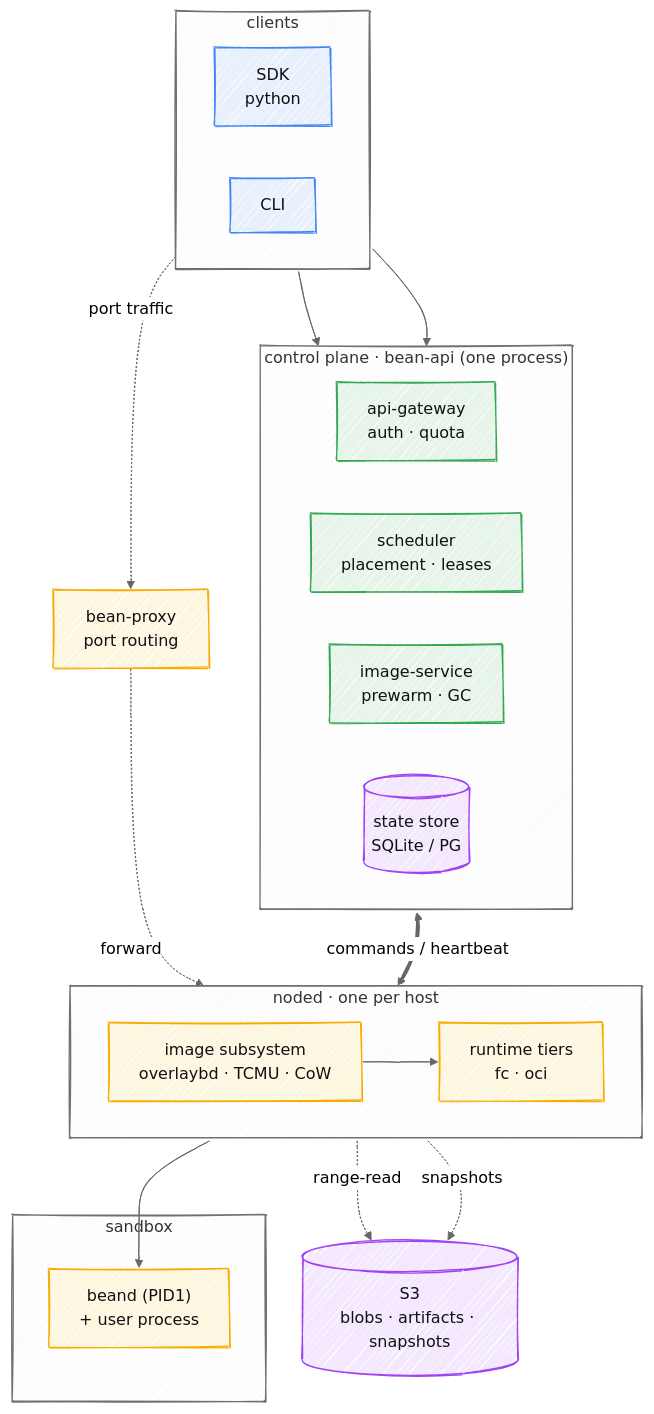
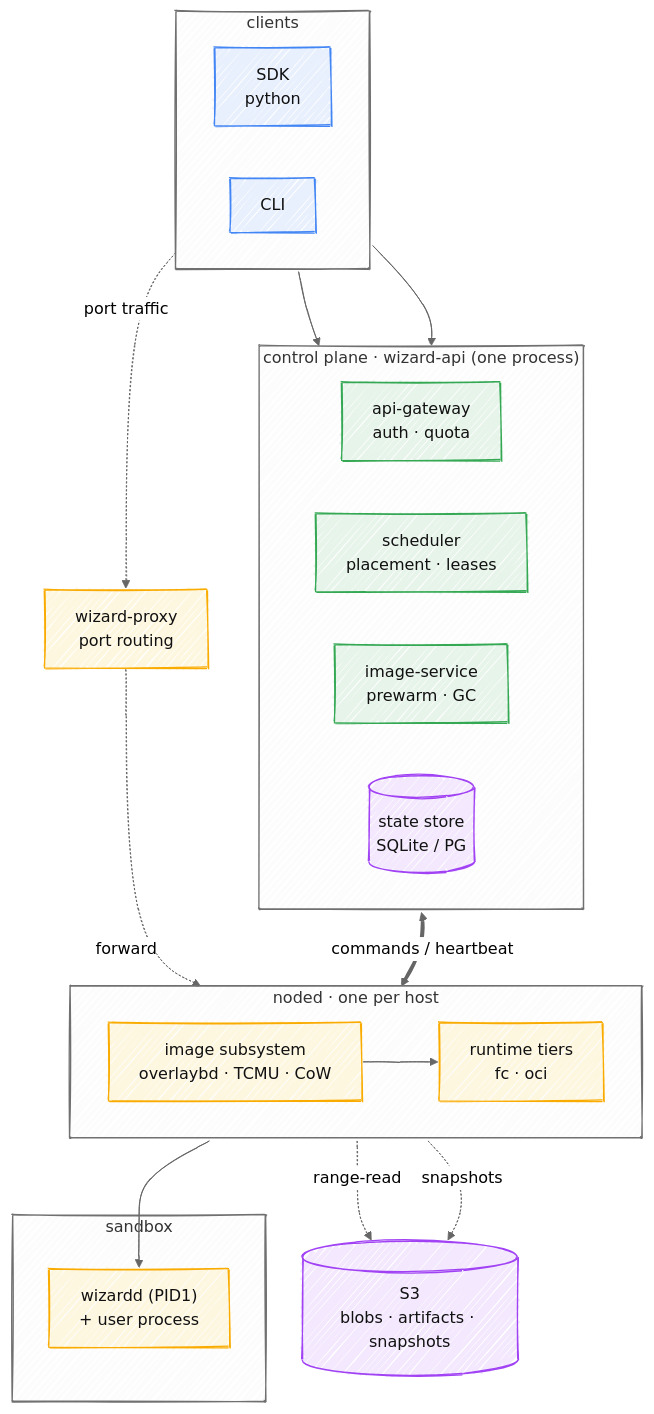
One commit to garysng/bean changed the first of 5 diagrams in docs/architecture-diagrams.md. Above: the diagram before and after it, drawn with Mermaid. The commit also changed other lines of this file and 326 other files, not shown here.

First line of the commit message:
rename project bean -> wizard

````diff
--- a/docs/architecture-diagrams.md
+++ b/docs/architecture-diagrams.md
@@ -15,56 +15,56 @@
 ```mermaid
 ---
 config:
   look: handDrawn
   theme: neutral
   flowchart:
     curve: basis
 ---
 flowchart TB
   subgraph CLIENTS["clients"]
     direction LR
     SDK["SDK<br>python"]
     CLI["CLI"]
   end
 
-  subgraph CP["control plane · bean-api (one process)"]
+  subgraph CP["control plane · wizard-api (one process)"]
     direction LR
     API["api-gateway<br>auth · quota"]
     SCHED["scheduler<br>placement · leases"]
     IMGS["image-service<br>prewarm · GC"]
     STORE[("state store<br>SQLite / PG")]
   end
 
-  PROXY["bean-proxy<br>port routing"]
+  PROXY["wizard-proxy<br>port routing"]
 
   subgraph NODED["noded · one per host"]
     direction LR
     IMGSUB["image subsystem<br>overlaybd · TCMU · CoW"]
     RT["runtime tiers<br>fc · oci"]
   end
 
   subgraph SBX["sandbox"]
-    BEAND["beand (PID1)<br>+ user process"]
+    WIZARDD["wizardd (PID1)<br>+ user process"]
   end
 
   S3[("S3<br>blobs · artifacts · snapshots")]
 
   SDK --> API
   CLI --> API
   SDK -. port traffic .-> PROXY
   SCHED <== commands / heartbeat ==> IMGSUB
   PROXY -. forward .-> IMGSUB
   IMGSUB --> RT
-  RT --> BEAND
+  RT --> WIZARDD
   IMGSUB -. range-read .-> S3
   RT -. snapshots .-> S3
 
   classDef client fill:#E8F0FE,stroke:#4285F4,color:#111;
   classDef control fill:#E6F4EA,stroke:#34A853,color:#111;
   classDef data fill:#FEF7E0,stroke:#F9AB00,color:#111;
   classDef store fill:#F3E8FD,stroke:#A142F4,color:#111;
   class SDK,CLI client;
   class API,SCHED,IMGS control;
-  class PROXY,IMGSUB,RT,BEAND data;
+  class PROXY,IMGSUB,RT,WIZARDD data;
   class STORE,S3 store;
 ```
````
